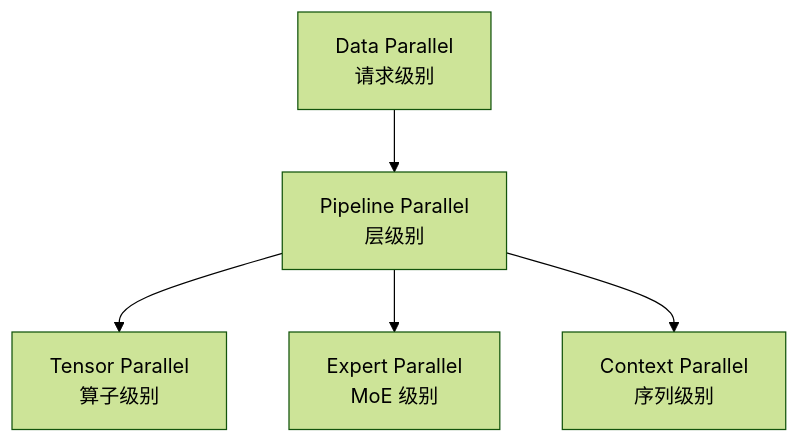
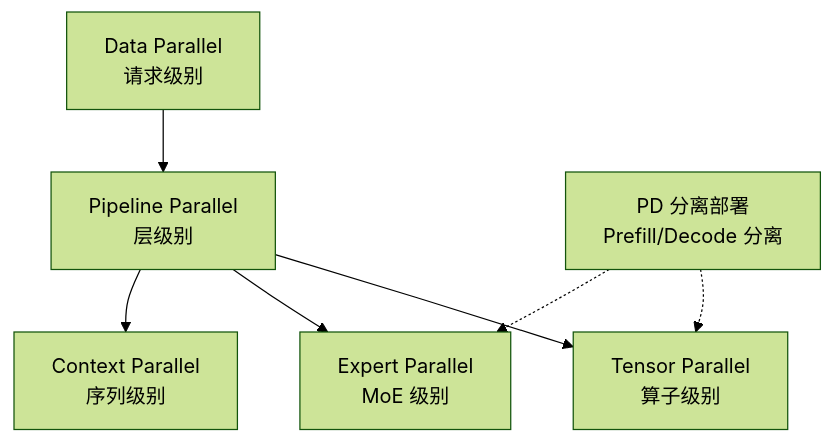
Before and after one commit to fire3/vllm: the diagram in learn/doc/05-distributed-parallel/README.md, drawn with Mermaid (forest theme). The commit also changed other lines of this file and 2 other files, not shown here.

Commit message:
docs: add PD disaggregation deployment document (phase 5)
新增 PD 分离部署（Prefill-Decouple Disaggregation）技术文档：
- 三层传输栈架构（KV Pipe / KV Lookup Buffer / KV Connector）
- 调度器与 Worker 端 Connector 的完整协作流程
- Pull/Push 传输模式对比
- NIXL、LMCache、Mooncake 等多种 Connector 实现
- XpYd 部署拓扑与 Proxy 路由
- 容错机制（recompute/fail）
- 配置参考与选择指南

````diff
--- a/learn/doc/05-distributed-parallel/README.md
+++ b/learn/doc/05-distributed-parallel/README.md
@@ -14,7 +15,9 @@
 ```mermaid
 graph TD
     DP[Data Parallel<br/>请求级别] --> PP[Pipeline Parallel<br/>层级别]
     PP --> TP[Tensor Parallel<br/>算子级别]
     PP --> EP[Expert Parallel<br/>MoE 级别]
     PP --> CP[Context Parallel<br/>序列级别]
+    PD[PD 分离部署<br/>Prefill/Decode 分离] -.-> TP
+    PD -.-> EP
 ```
````
